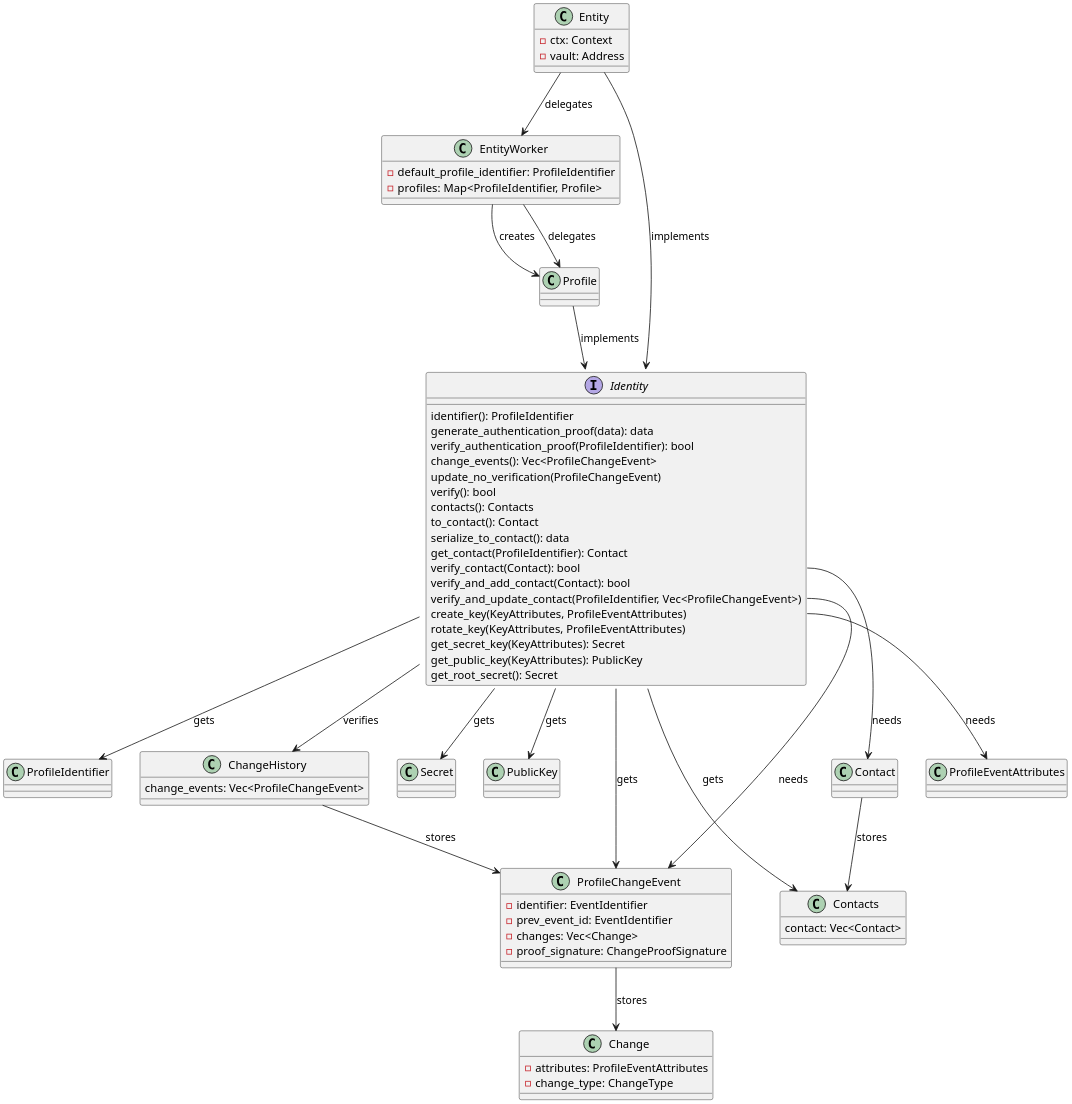
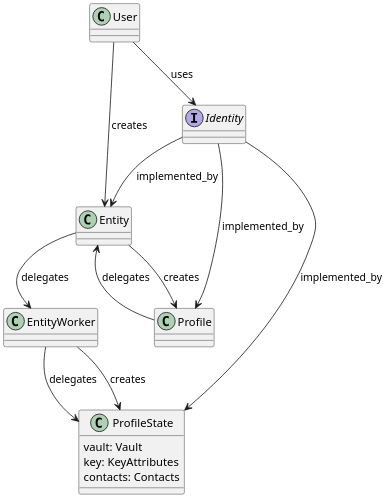
The diagram in documentation/architecture/diagrams/entities.puml (build-trust/ockam), drawn with PlantUML before and after one commit. The commit also changed 49 other files, not shown here.

Commit message:
feat(rust): entity worker

```diff
--- a/documentation/architecture/diagrams/entities.puml
+++ b/documentation/architecture/diagrams/entities.puml
@@ -1,76 +1,28 @@
 @startuml ockam
 scale 2.0
-class Contact
-class Contacts {
-  contact: Vec<Contact>
-}
-Contact --> Contacts : stores
 
-interface Identity {
-  identifier(): ProfileIdentifier
-  generate_authentication_proof(data): data
-  verify_authentication_proof(ProfileIdentifier): bool
-  change_events(): Vec<ProfileChangeEvent>
-  update_no_verification(ProfileChangeEvent)
-  verify(): bool
-  contacts(): Contacts
-  to_contact(): Contact
-  serialize_to_contact(): data
-  get_contact(ProfileIdentifier): Contact
-  verify_contact(Contact): bool
-  verify_and_add_contact(Contact): bool
-  verify_and_update_contact(ProfileIdentifier, Vec<ProfileChangeEvent>)
-  create_key(KeyAttributes, ProfileEventAttributes)
-  rotate_key(KeyAttributes, ProfileEventAttributes)
-  get_secret_key(KeyAttributes): Secret
-  get_public_key(KeyAttributes): PublicKey
-  get_root_secret(): Secret
+class ProfileState {
+    vault: Vault
+    key: KeyAttributes
+    contacts: Contacts
 }
 
-Identity --> ProfileIdentifier : gets
-Identity --> ProfileChangeEvent : gets
-Identity --> Contacts : gets
-Identity --> Secret : gets
-Identity --> PublicKey : gets
-Identity::create_key --> ProfileEventAttributes : needs
-Identity::verify_and_update_contact --> ProfileChangeEvent : needs
-Identity::verify_contact --> Contact : needs
+class User
+class Profile
+class Entity
+class EntityWorker
+interface Identity
 
-class Profile
-class ProfileIdentifier
+EntityWorker --> ProfileState : delegates
+Entity --> EntityWorker : delegates
+Profile --> Entity : delegates
 
-class EntityWorker {
-  -default_profile_identifier: ProfileIdentifier
-  -profiles: Map<ProfileIdentifier, Profile>
-}
-EntityWorker --> Profile : creates
-EntityWorker --> Profile : delegates
+Entity --> Profile : creates
+EntityWorker --> ProfileState : creates
 
-class Entity {
-  -ctx: Context
-  -vault: Address
-}
-Entity --> EntityWorker : delegates
-Entity --> Identity : implements
-Profile --> Identity : implements
-
-class Change {
-  -attributes: ProfileEventAttributes
-  -change_type: ChangeType
-}
-
-class ProfileChangeEvent {
-  -identifier: EventIdentifier
-  -prev_event_id: EventIdentifier
-  -changes: Vec<Change>
-  -proof_signature: ChangeProofSignature
-}
-ProfileChangeEvent --> Change : stores
-
-class ChangeHistory {
-  change_events: Vec<ProfileChangeEvent>
-}
-
-ChangeHistory --> ProfileChangeEvent : stores
-Identity --> ChangeHistory : verifies
+Identity --> Entity : implemented_by
+Identity --> Profile : implemented_by
+Identity --> ProfileState : implemented_by
+User --> Identity : uses
+User --> Entity : creates
 @enduml
```
